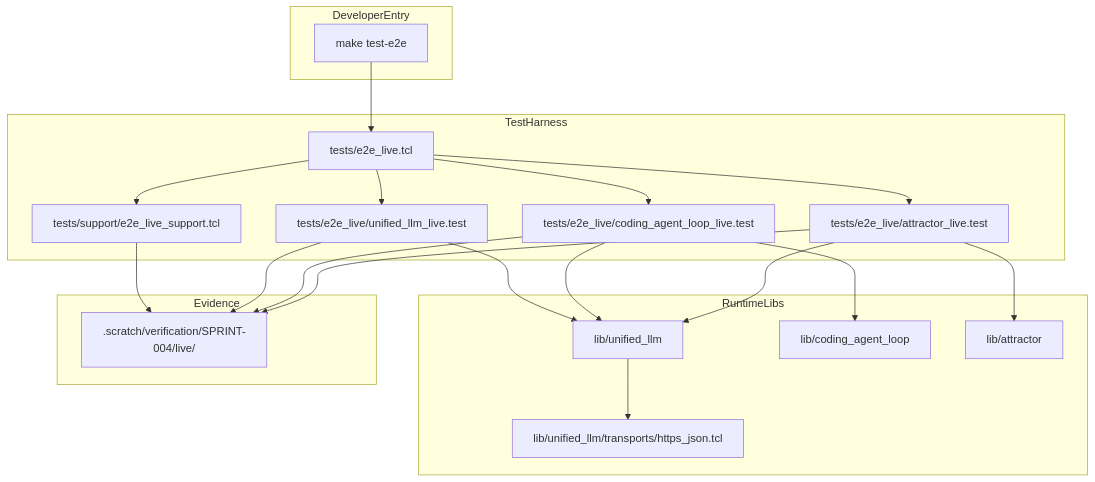
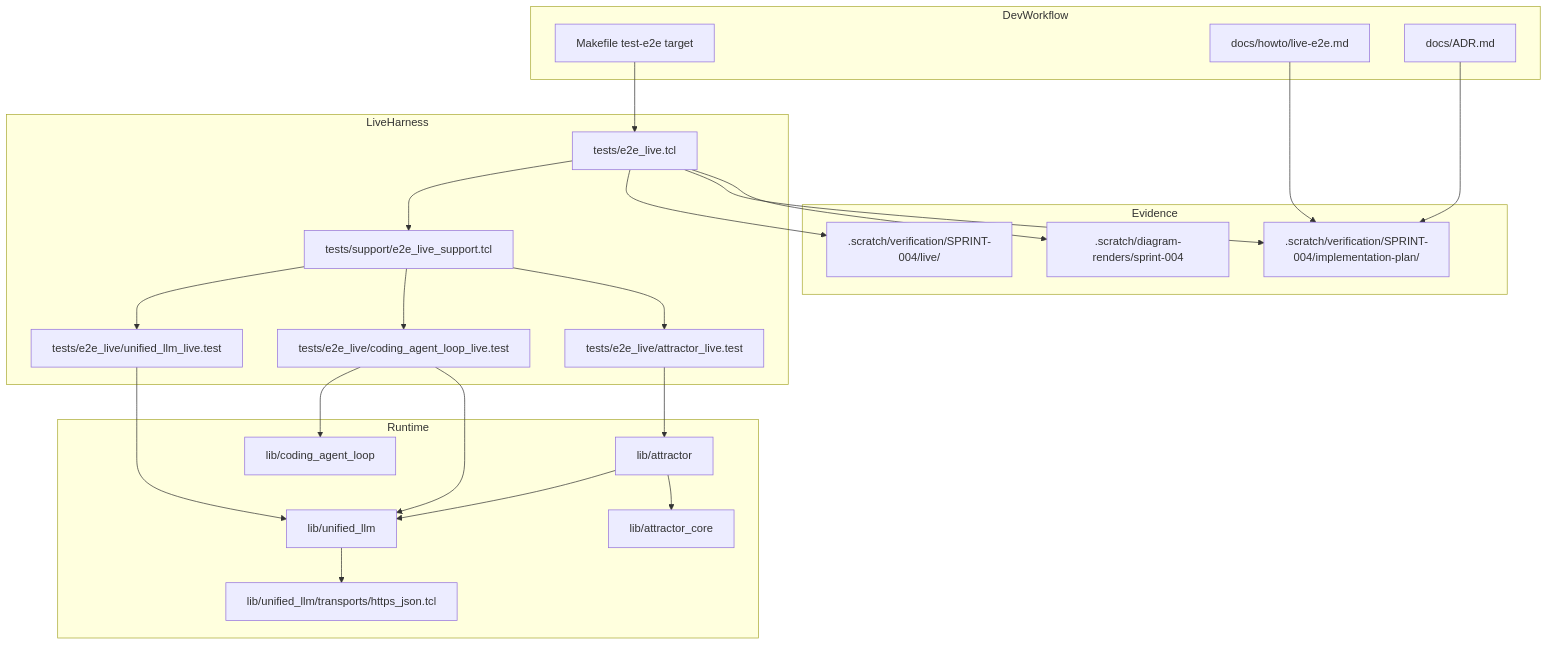
One commit to jaytaylor/attractor-tcl changed the fifth of 5 diagrams in docs/sprints/SPRINT-004-comprehensive-implementation-plan.md. Above: the diagram before and after it, drawn with Mermaid. The commit also changed other lines of this file, not shown here.

Commit message:
docs: sync sprint 004 comprehensive plan with verified completion

````diff
--- a/docs/sprints/SPRINT-004-comprehensive-implementation-plan.md
+++ b/docs/sprints/SPRINT-004-comprehensive-implementation-plan.md
@@ -1851,41 +2025,48 @@
 ```mermaid
 flowchart TB
-  subgraph DeveloperEntry
-    MAKE[make test-e2e]
+  subgraph DevWorkflow
+    MK[Makefile test-e2e target]
+    DOC[docs/howto/live-e2e.md]
+    ADR[docs/ADR.md]
   end
 
-  subgraph TestHarness
-    H[tests/e2e_live.tcl]
+  subgraph LiveHarness
+    EH[tests/e2e_live.tcl]
     SUP[tests/support/e2e_live_support.tcl]
     UTEST[tests/e2e_live/unified_llm_live.test]
     CTEST[tests/e2e_live/coding_agent_loop_live.test]
     ATEST[tests/e2e_live/attractor_live.test]
   end
 
-  subgraph RuntimeLibs
+  subgraph Runtime
     ULLM[lib/unified_llm]
-    HTTPSLIB[lib/unified_llm/transports/https_json.tcl]
+    TRANS[lib/unified_llm/transports/https_json.tcl]
     CAL[lib/coding_agent_loop]
     ATR[lib/attractor]
+    CORE[lib/attractor_core]
   end
 
   subgraph Evidence
     LIVE[.scratch/verification/SPRINT-004/live/<run_id>]
+    PLAN[.scratch/verification/SPRINT-004/implementation-plan/<run_id>]
+    RENDER[.scratch/diagram-renders/sprint-004]
   end
 
-  MAKE --> H
-  H --> SUP
-  H --> UTEST
-  H --> CTEST
-  H --> ATEST
+  MK --> EH
+  EH --> SUP
+  SUP --> UTEST
+  SUP --> CTEST
+  SUP --> ATEST
   UTEST --> ULLM
   CTEST --> CAL
   CTEST --> ULLM
   ATEST --> ATR
-  ATEST --> ULLM
-  ULLM --> HTTPSLIB
-  SUP --> LIVE
-  UTEST --> LIVE
-  CTEST --> LIVE
-  ATEST --> LIVE
+  ATR --> ULLM
+  ATR --> CORE
+  ULLM --> TRANS
+  EH --> LIVE
+  EH --> PLAN
+  DOC --> PLAN
+  ADR --> PLAN
+  EH --> RENDER
 ```
````
